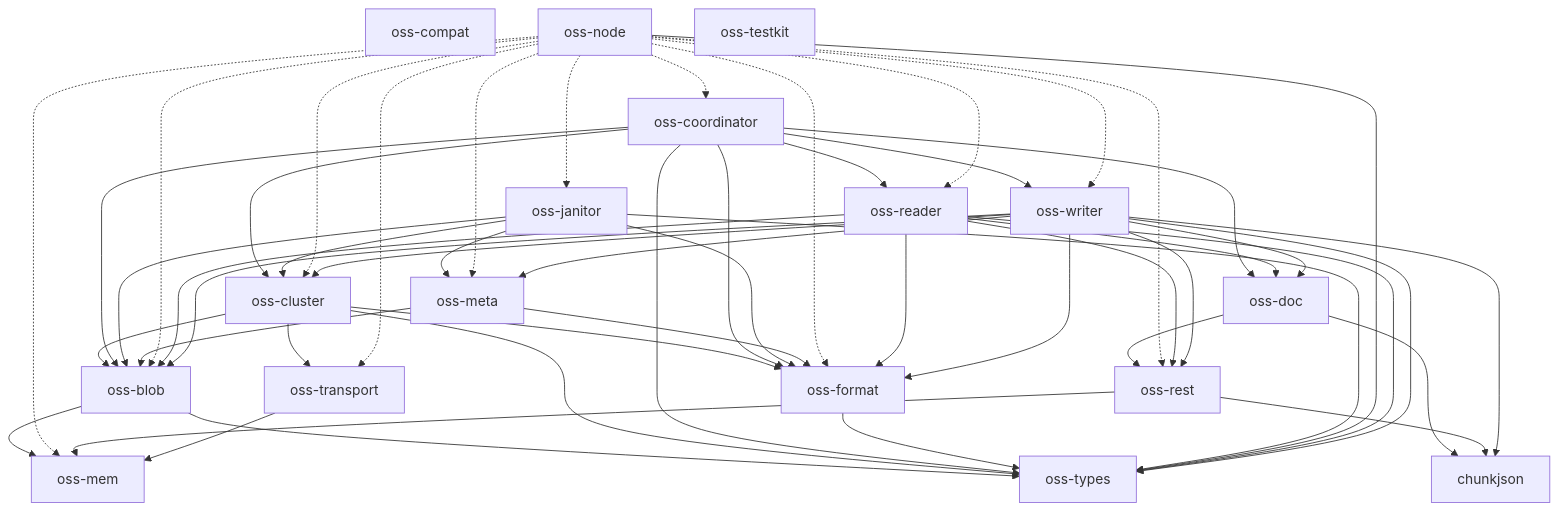
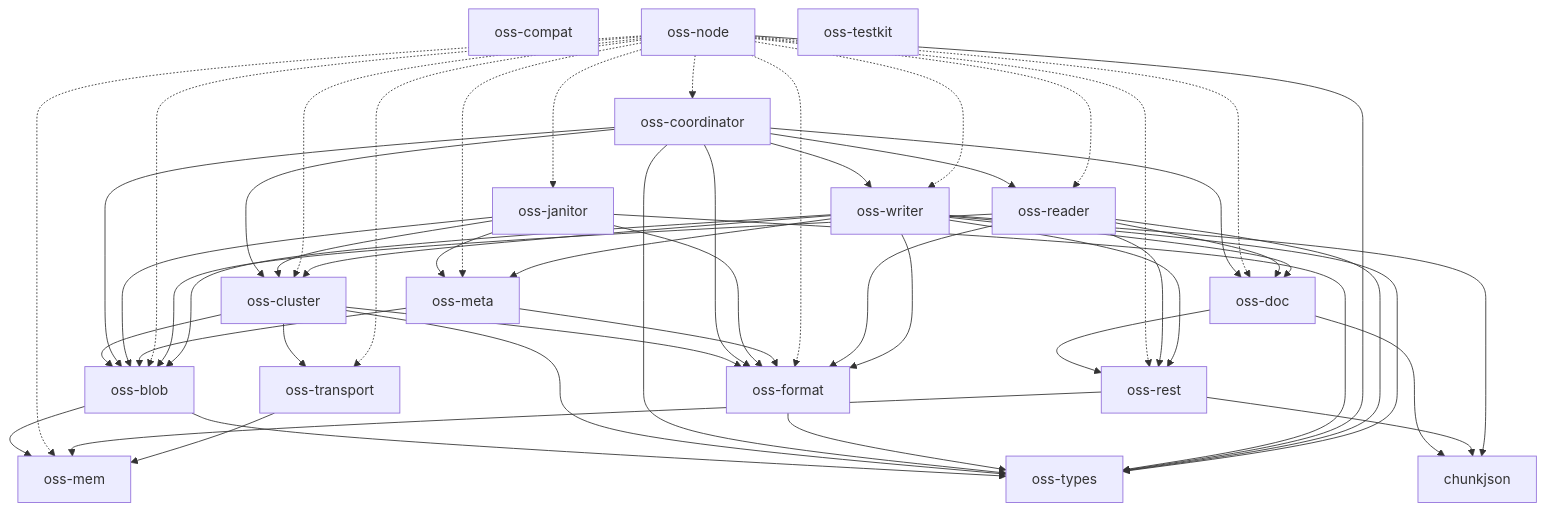
Before and after one commit to huyz0/opensearch-serverless: the diagram in docs/architecture.md, drawn with Mermaid.

Commit message:
docs: regenerate the crate map for the node to doc edge

````diff
--- a/docs/architecture.md
+++ b/docs/architecture.md
@@ -10,59 +10,60 @@
 ```mermaid
 graph TD
     chunkjson
     oss-blob --> oss-mem
     oss-blob --> oss-types
     oss-cluster --> oss-blob
     oss-cluster --> oss-format
     oss-cluster --> oss-transport
     oss-cluster --> oss-types
     oss-compat
     oss-coordinator --> oss-blob
     oss-coordinator --> oss-cluster
     oss-coordinator --> oss-doc
     oss-coordinator --> oss-format
     oss-coordinator --> oss-reader
     oss-coordinator --> oss-types
     oss-coordinator --> oss-writer
     oss-doc --> chunkjson
     oss-doc --> oss-rest
     oss-format --> oss-types
     oss-janitor --> oss-blob
     oss-janitor --> oss-cluster
     oss-janitor --> oss-format
     oss-janitor --> oss-meta
     oss-janitor --> oss-types
     oss-mem
     oss-meta --> oss-blob
     oss-meta --> oss-format
     oss-node -.-> oss-blob
     oss-node -.-> oss-cluster
     oss-node -.-> oss-coordinator
+    oss-node -.-> oss-doc
     oss-node -.-> oss-format
     oss-node -.-> oss-janitor
     oss-node -.-> oss-mem
     oss-node -.-> oss-meta
     oss-node -.-> oss-reader
     oss-node -.-> oss-rest
     oss-node -.-> oss-transport
     oss-node --> oss-types
     oss-node -.-> oss-writer
     oss-reader --> oss-blob
     oss-reader --> oss-doc
     oss-reader --> oss-format
     oss-reader --> oss-rest
     oss-reader --> oss-types
     oss-rest --> chunkjson
     oss-rest --> oss-mem
     oss-testkit
     oss-transport --> oss-mem
     oss-types
     oss-writer --> chunkjson
     oss-writer --> oss-blob
     oss-writer --> oss-cluster
     oss-writer --> oss-doc
     oss-writer --> oss-format
     oss-writer --> oss-meta
     oss-writer --> oss-rest
     oss-writer --> oss-types
 ```
````
